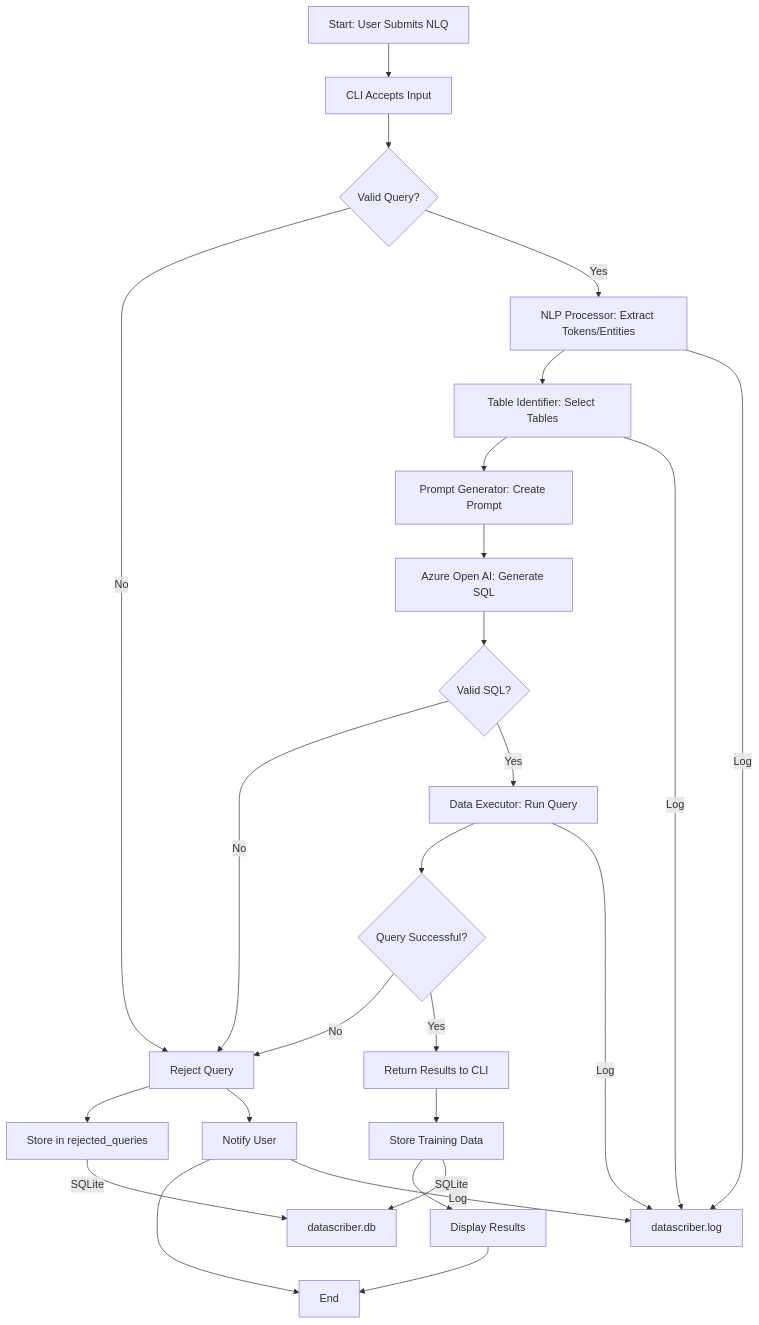
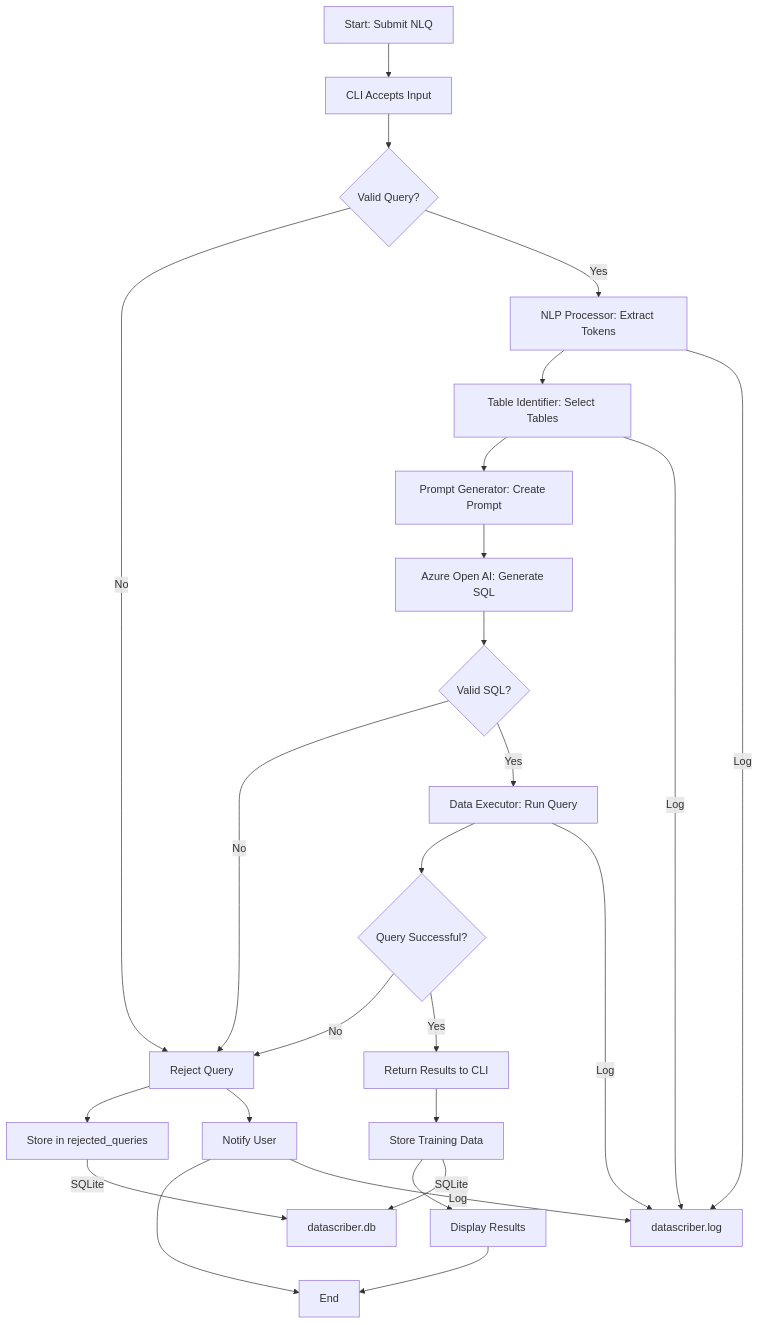
One commit to m-prasad-reddy/Datascriber-2 changed the fifth of 8 diagrams in Datascriber_Functional_Documentation.markdown. Above: the diagram before and after it, drawn with Mermaid. The commit also changed other lines of this file and 4 other files, not shown here.

````diff
--- a/Datascriber_Functional_Documentation.markdown
+++ b/Datascriber_Functional_Documentation.markdown
@@ -122,28 +181,28 @@
 ```mermaid
 graph TD
-    A[Start: User Submits NLQ] --> B[CLI Accepts Input]
+    A[Start: Submit NLQ] --> B[CLI Accepts Input]
     B --> C{Valid Query?}
     C -->|No| D[Reject Query]
     D --> E[Store in rejected_queries]
     D --> F[Notify User]
     F --> G[End]
-    C -->|Yes| H[NLP Processor: Extract Tokens/Entities]
+    C -->|Yes| H[NLP Processor: Extract Tokens]
     H --> I[Table Identifier: Select Tables]
     I --> J[Prompt Generator: Create Prompt]
     J --> K[Azure Open AI: Generate SQL]
     K --> L{Valid SQL?}
     L -->|No| D
     L -->|Yes| M[Data Executor: Run Query]
     M --> N{Query Successful?}
     N -->|No| D
     N -->|Yes| O[Return Results to CLI]
     O --> P[Store Training Data]
     P --> Q[Display Results]
     Q --> G
     E -->|SQLite| R[datascriber.db]
     P -->|SQLite| R
     F -->|Log| S[datascriber.log]
     H -->|Log| S
     I -->|Log| S
     M -->|Log| S
 ```
````
